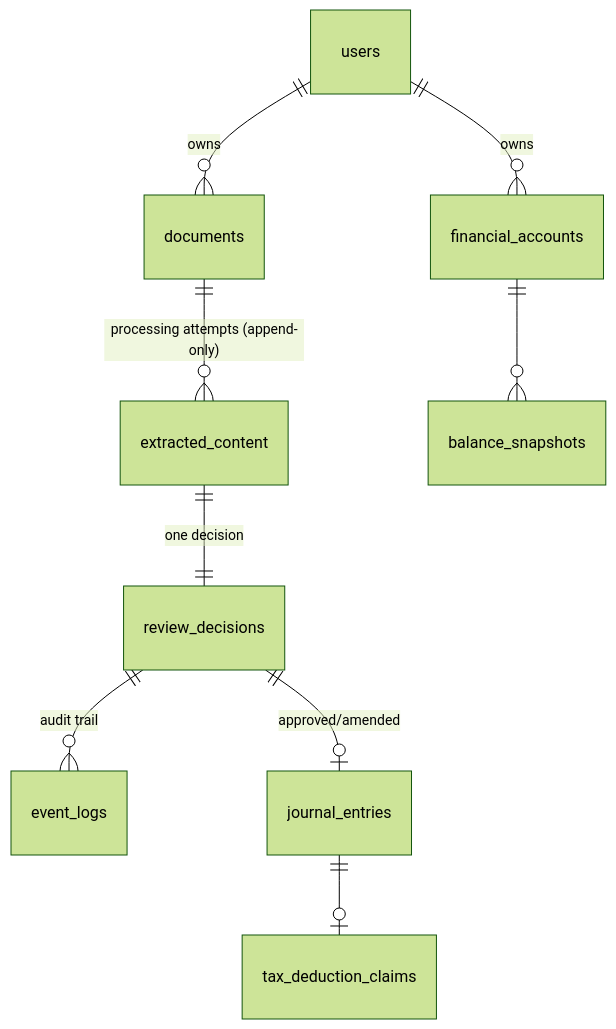
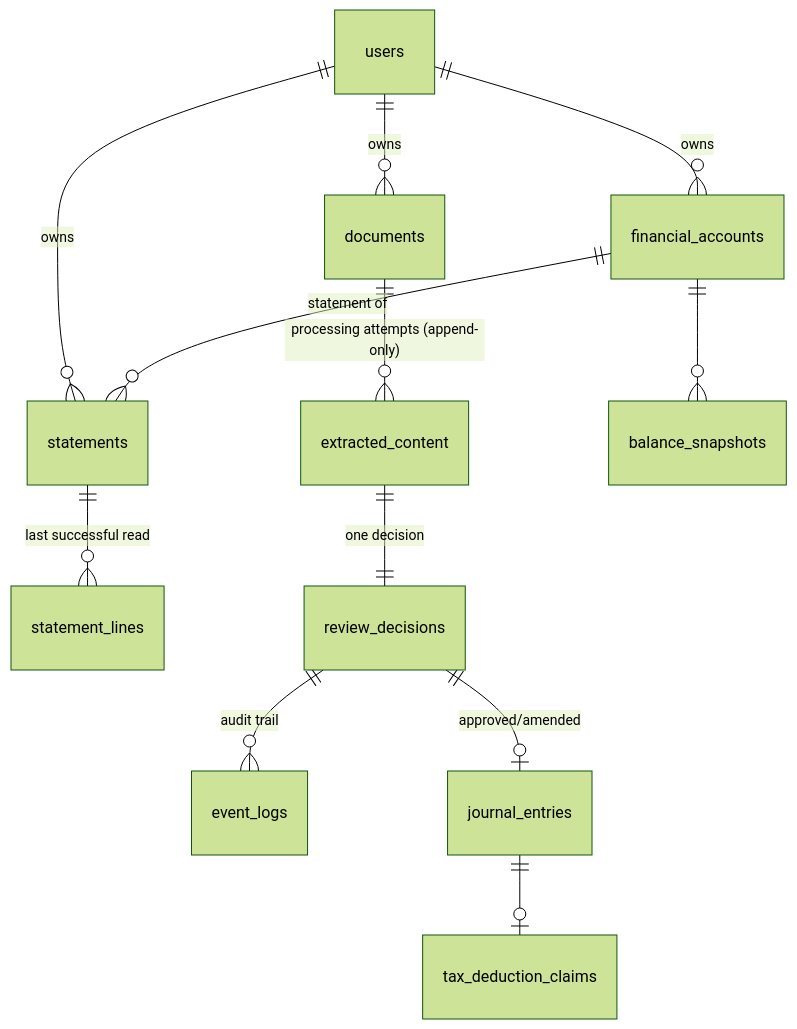
Before and after one commit to acramatte/zaimu-tomo: the eighth of 15 diagrams in docs/architecture.md, drawn with Mermaid (forest theme). The commit also changed other lines of this file and 18 other files, not shown here.

````diff
--- a/docs/architecture.md
+++ b/docs/architecture.md
@@ -367,11 +412,14 @@
 ```mermaid
 erDiagram
     users ||--o{ documents : owns
     users ||--o{ financial_accounts : owns
+    users ||--o{ statements : owns
+    financial_accounts ||--o{ statements : "statement of"
+    statements ||--o{ statement_lines : "last successful read"
     documents ||--o{ extracted_content : "processing attempts (append-only)"
     extracted_content ||--|| review_decisions : "one decision"
     review_decisions ||--o{ event_logs : "audit trail"
     review_decisions ||--o| journal_entries : "approved/amended"
     journal_entries ||--o| tax_deduction_claims : ""
     financial_accounts ||--o{ balance_snapshots : ""
 ```
````
